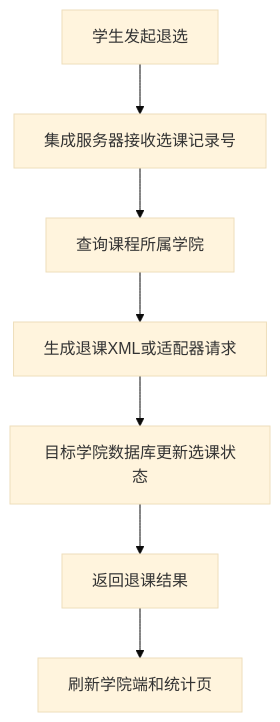
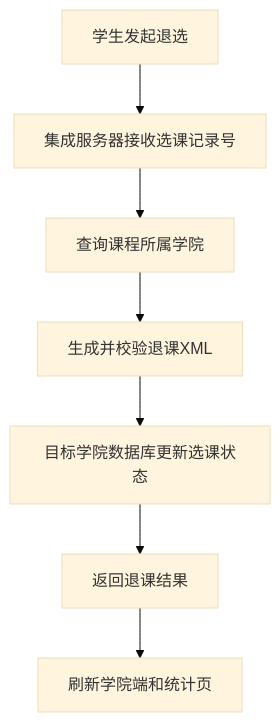
One commit to dong-frank/DataIntegration changed the fourth of 4 diagrams in docs/流程图草稿.md. Above: the diagram before and after it, drawn with Mermaid (base theme). The commit also changed 42 other files, not shown here.

````diff
--- a/docs/流程图草稿.md
+++ b/docs/流程图草稿.md
@@ -63,9 +63,9 @@
 ```mermaid
 flowchart TD
     A["学生发起退选"] --> B["集成服务器接收选课记录号"]
     B --> C["查询课程所属学院"]
-    C --> D["生成退课XML或适配器请求"]
+    C --> D["生成并校验退课XML"]
     D --> E["目标学院数据库更新选课状态"]
     E --> F["返回退课结果"]
     F --> G["刷新学院端和统计页"]
 ```
````
